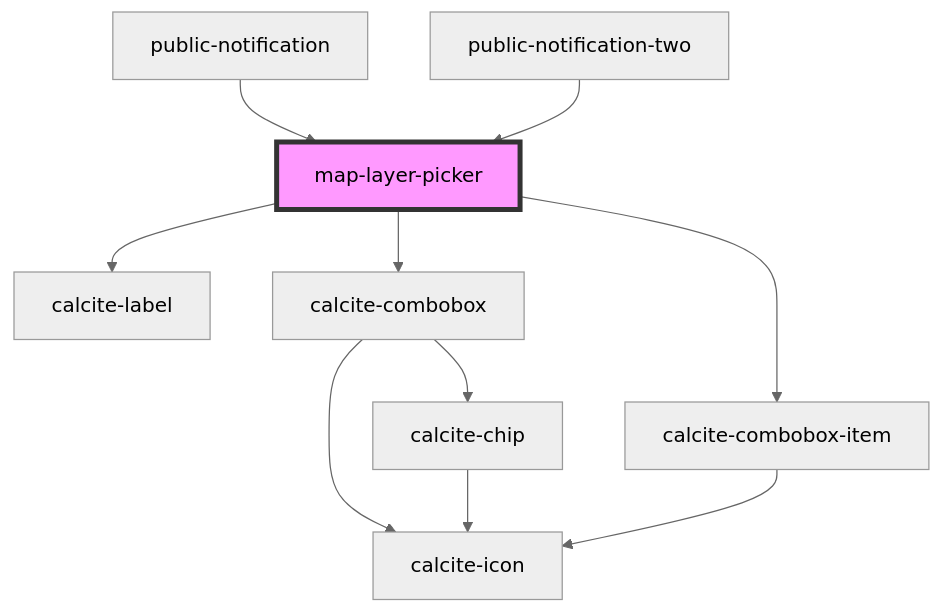
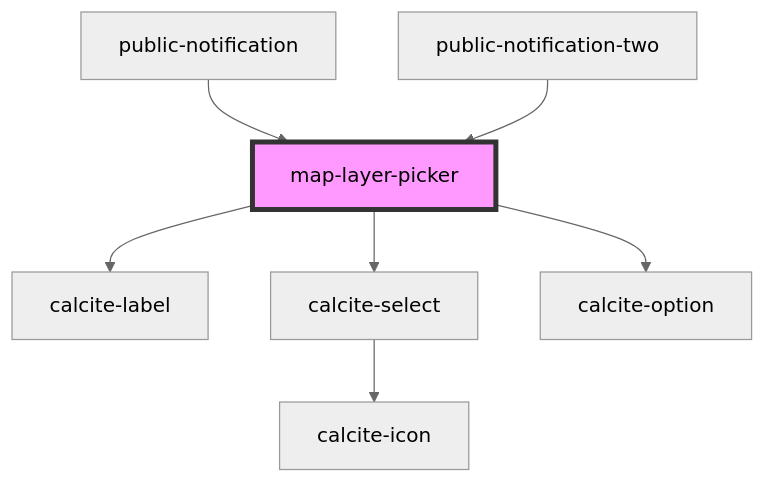
One commit to Esri/solutions-components changed the diagram in src/components/map-layer-picker/readme.md. Above: the diagram before and after it, drawn with Mermaid (neutral theme). The commit also changed other lines of this file and 1 other file, not shown here.

Commit message:
update map layer picker to use select vs combobox

````diff
--- a/src/components/map-layer-picker/readme.md
+++ b/src/components/map-layer-picker/readme.md
@@ -38,13 +38,10 @@
 ```mermaid
 graph TD;
   map-layer-picker --> calcite-label
-  map-layer-picker --> calcite-combobox
-  map-layer-picker --> calcite-combobox-item
-  calcite-combobox --> calcite-chip
-  calcite-combobox --> calcite-icon
-  calcite-chip --> calcite-icon
-  calcite-combobox-item --> calcite-icon
+  map-layer-picker --> calcite-select
+  map-layer-picker --> calcite-option
+  calcite-select --> calcite-icon
   public-notification --> map-layer-picker
   public-notification-two --> map-layer-picker
   style map-layer-picker fill:#f9f,stroke:#333,stroke-width:4px
 ```
````
